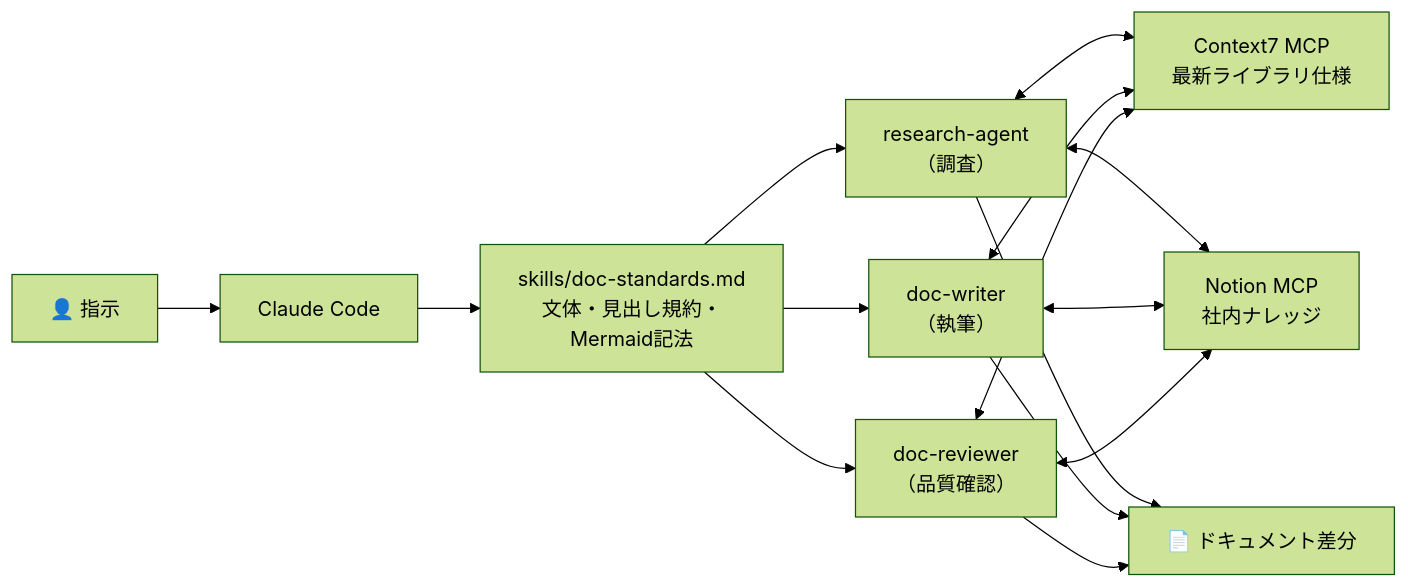
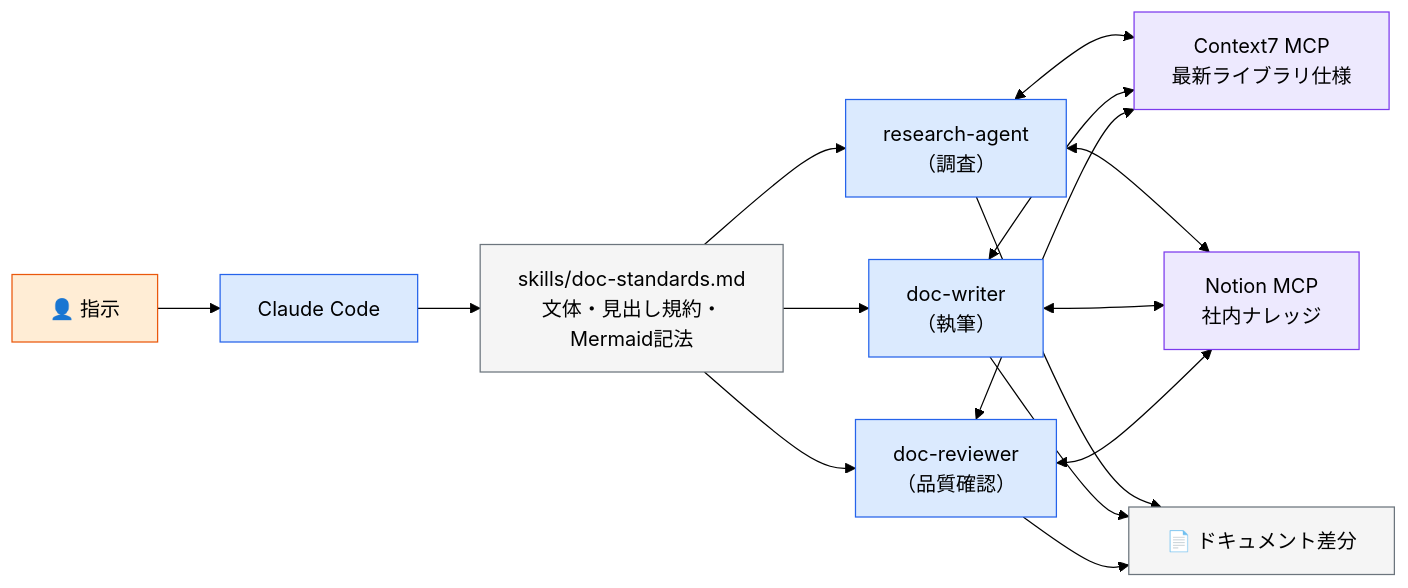
Before and after one commit to takuma39/ai: the tenth of 48 diagrams in AI駆動開発.md, drawn with Mermaid (forest theme). The commit also changed other lines of this file, not shown here.

````diff
--- a/AI駆動開発.md
+++ b/AI駆動開発.md
@@ -275,11 +348,21 @@
 ```mermaid
 flowchart LR
     H["👤 指示"] --> CC["Claude Code"]
     CC --> SK["skills/doc-standards.md<br/>文体・見出し規約・<br/>Mermaid記法"]
     SK --> RA["research-agent<br/>（調査）"]
     SK --> DW["doc-writer<br/>（執筆）"]
     SK --> DR["doc-reviewer<br/>（品質確認）"]
     RA & DW & DR <--> C7["Context7 MCP<br/>最新ライブラリ仕様"]
     RA & DW & DR <--> NT["Notion MCP<br/>社内ナレッジ"]
     RA & DW & DR --> OUT["📄 ドキュメント差分"]
+
+    style H fill:#ffedd5,stroke:#ea580c,color:#000
+    style CC fill:#dbeafe,stroke:#2563eb,color:#000
+    style SK fill:#f5f5f5,stroke:#6c757d,color:#000
+    style RA fill:#dbeafe,stroke:#2563eb,color:#000
+    style DW fill:#dbeafe,stroke:#2563eb,color:#000
+    style DR fill:#dbeafe,stroke:#2563eb,color:#000
+    style C7 fill:#ede9fe,stroke:#7c3aed,color:#000
+    style NT fill:#ede9fe,stroke:#7c3aed,color:#000
+    style OUT fill:#f5f5f5,stroke:#6c757d,color:#000
 ```
````
